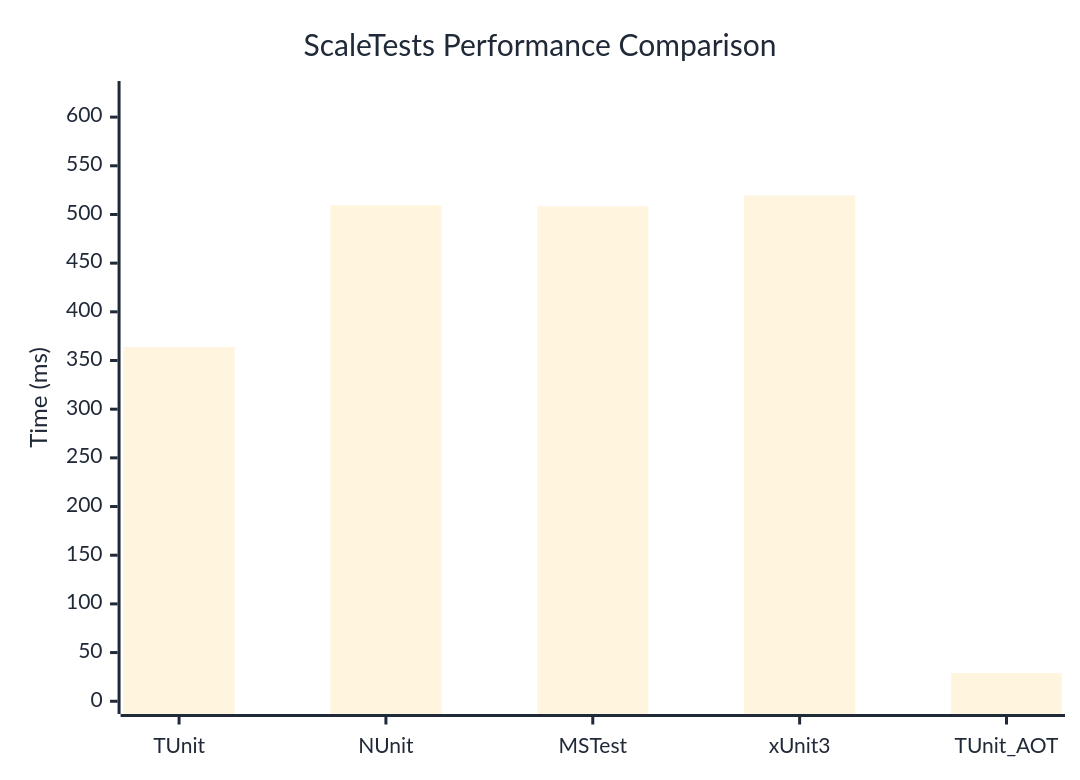
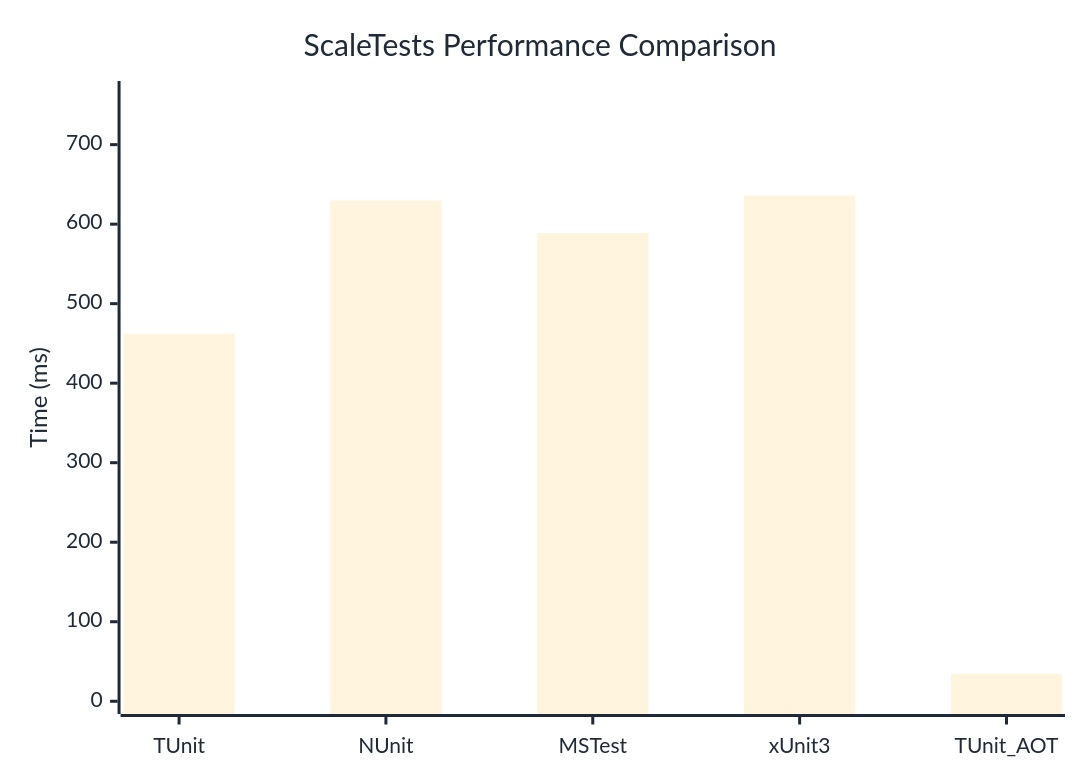
One commit to thomhurst/TUnit changed the diagram in docs/docs/benchmarks/ScaleTests.md. Above: the diagram before and after it, drawn with Mermaid. The commit also changed other lines of this file and 17 other files, not shown here.

````diff
--- a/docs/docs/benchmarks/ScaleTests.md
+++ b/docs/docs/benchmarks/ScaleTests.md
@@ -27,37 +27,37 @@
 ```mermaid
 %%{init: {
   'theme':'base',
   'themeVariables': {
     'primaryColor': '#2563eb',
     'primaryTextColor': '#1f2937',
     'primaryBorderColor': '#1e40af',
     'lineColor': '#6b7280',
     'secondaryColor': '#7c3aed',
     'tertiaryColor': '#dc2626',
     'background': '#ffffff',
     'mainBkg': '#2563eb',
     'secondBkg': '#7c3aed',
     'tertiaryBkg': '#dc2626',
     'clusterBkg': '#f3f4f6',
     'edgeLabelBackground': '#ffffff',
     'tertiaryTextColor': '#1f2937',
     'pie1': '#2563eb',
     'pie2': '#7c3aed',
     'pie3': '#dc2626',
     'pie4': '#f59e0b',
     'pie5': '#10b981',
     'pie6': '#06b6d4',
     'pie7': '#ec4899',
     'pie8': '#6366f1',
     'pie9': '#84cc16',
     'pie10': '#f97316',
     'pie11': '#14b8a6',
     'pie12': '#a855f7'
   }
 }}%%
 xychart-beta
   title "ScaleTests Performance Comparison"
   x-axis ["TUnit", "NUnit", "MSTest", "xUnit3", "TUnit_AOT"]
-  y-axis "Time (ms)" 0 --> 624
-  bar [363.85, 509.45, 508.35, 519.42, 28.88]
+  y-axis "Time (ms)" 0 --> 764
+  bar [462.07, 629.72, 588.83, 635.9, 34.65]
 ```
````
